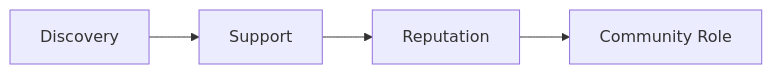
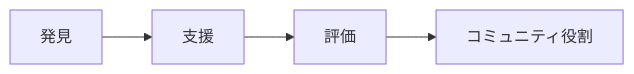
Before and after one commit to ShigeichiroYamasaki/creator-first-platform: diagram 13 of 35 in docs/whitepaper/08-discovery-community.md, drawn with Mermaid. The commit also changed other lines of this file and 72 other files, not shown here.

````diff
--- a/docs/whitepaper/08-discovery-community.md
+++ b/docs/whitepaper/08-discovery-community.md
@@ -475,9 +475,9 @@
 ```mermaid
 flowchart LR
-    DISC[Discovery]
-    SUPPORT[Support]
-    REP[Reputation]
-    COMMUNITY[Community Role]
+    DISC[発見]
+    SUPPORT[支援]
+    REP[評価]
+    COMMUNITY[コミュニティ役割]
 
     DISC --> SUPPORT --> REP --> COMMUNITY
 ```
````
